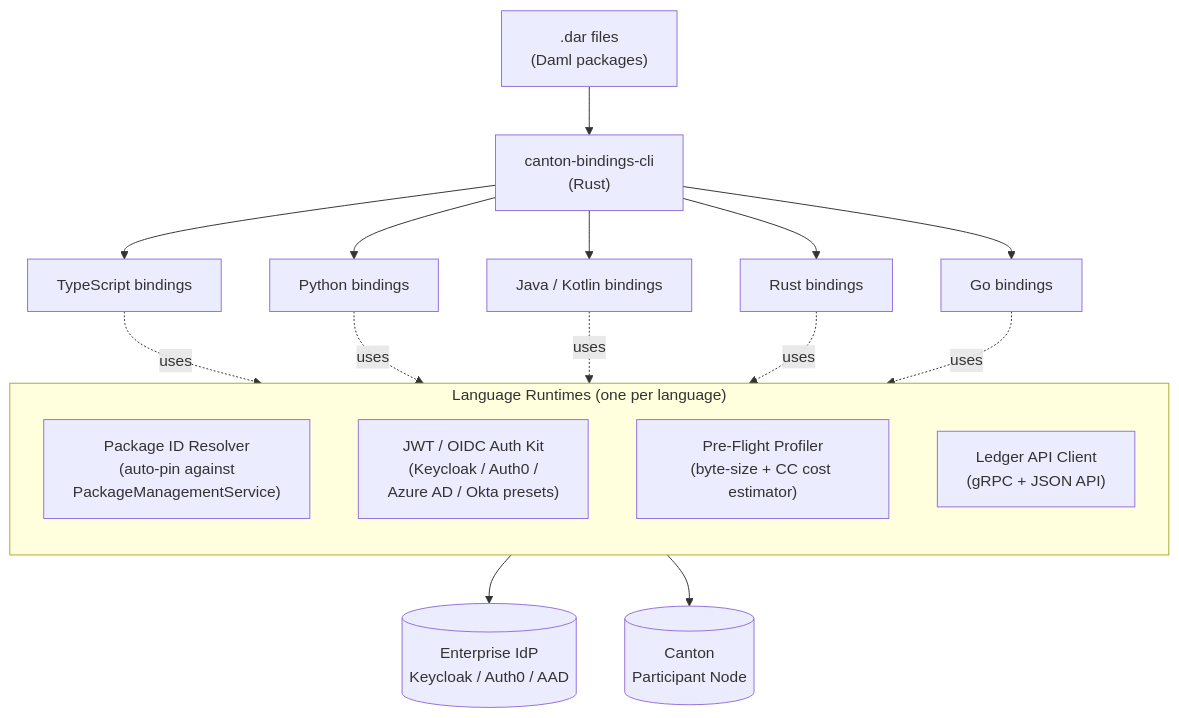
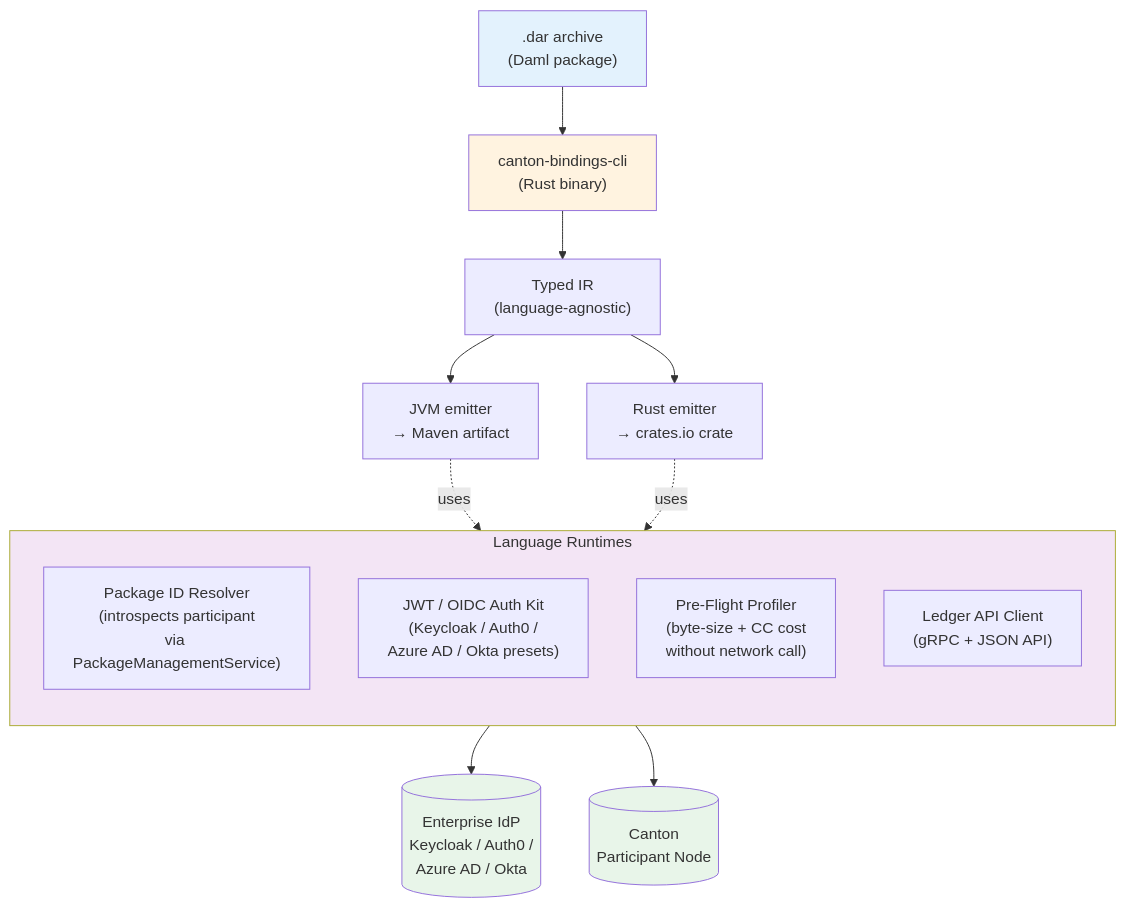
The first of 6 diagrams in README.md (jatinsahijwani/canton-bindings), drawn with Mermaid before and after one commit. The commit also changed other lines of this file, not shown here.

First line of the commit message:
Revise README for Canton Bindings project

````diff
--- a/README.md
+++ b/README.md
@@ -57,22 +95,26 @@
 ```mermaid
 flowchart TB
-    DAR[".dar files\n(Daml packages)"] --> Codegen["canton-bindings-cli\n(Rust)"]
-    Codegen --> TS["TypeScript bindings"]
-    Codegen --> PY["Python bindings"]
-    Codegen --> JV["Java / Kotlin bindings"]
-    Codegen --> RS["Rust bindings"]
-    Codegen --> GO["Go bindings"]
+    DAR[".dar archive<br/>(Daml package)"] --> Codegen["canton-bindings-cli<br/>(Rust binary)"]
+    Codegen --> IR["Typed IR<br/>(language-agnostic)"]
+    IR --> JVM["JVM emitter<br/>→ Maven artifact"]
+    IR --> RST["Rust emitter<br/>→ crates.io crate"]
 
-    subgraph Runtime ["Language Runtimes (one per language)"]
+    subgraph Runtime ["Language Runtimes"]
         direction TB
-        Resolver["Package ID Resolver\n(auto-pin against\nPackageManagementService)"]
-        Auth["JWT / OIDC Auth Kit\n(Keycloak / Auth0 /\nAzure AD / Okta presets)"]
-        Profiler["Pre-Flight Profiler\n(byte-size + CC cost estimator)"]
-        Ledger["Ledger API Client\n(gRPC + JSON API)"]
+        Resolver["Package ID Resolver<br/>(introspects participant<br/>via PackageManagementService)"]
+        Auth["JWT / OIDC Auth Kit<br/>(Keycloak / Auth0 /<br/>Azure AD / Okta presets)"]
+        Profiler["Pre-Flight Profiler<br/>(byte-size + CC cost<br/>without network call)"]
+        Ledger["Ledger API Client<br/>(gRPC + JSON API)"]
     end
 
-    TS & PY & JV & RS & GO -.uses.-> Runtime
+    JVM & RST -.uses.-> Runtime
 
-    Runtime --> Participant[("Canton\nParticipant Node")]
-    Auth --> IDP[("Enterprise IdP\nKeycloak / Auth0 / AAD")]
+    Runtime --> Participant[("Canton<br/>Participant Node")]
+    Auth --> IDP[("Enterprise IdP<br/>Keycloak / Auth0 /<br/>Azure AD / Okta")]
+
+    style DAR fill:#e3f2fd
+    style Codegen fill:#fff3e0
+    style Runtime fill:#f3e5f5
+    style Participant fill:#e8f5e9
+    style IDP fill:#e8f5e9
 ```
````
